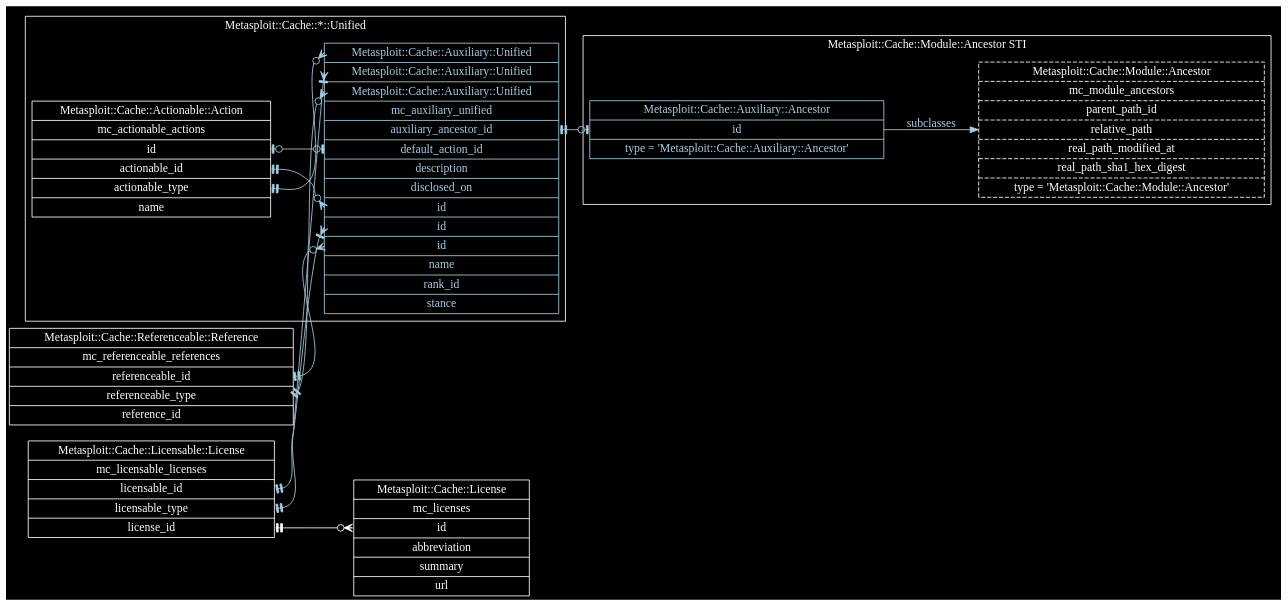
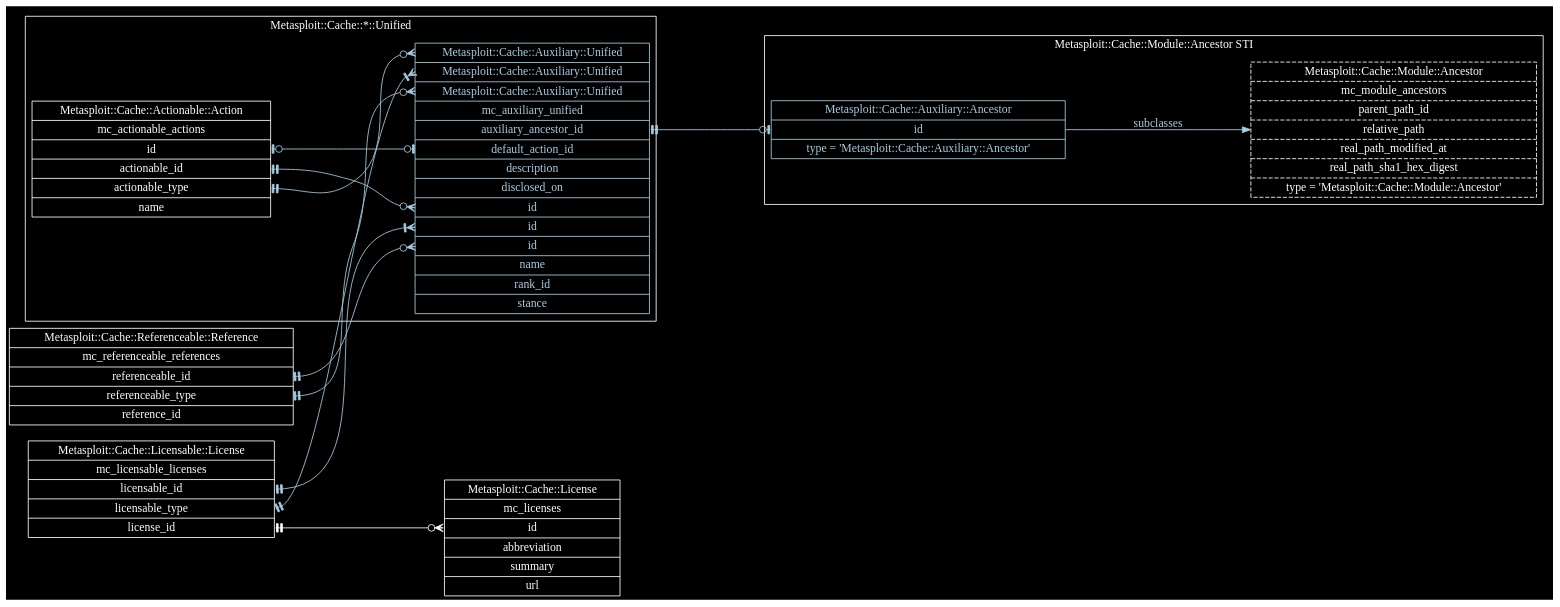
One commit to rapid7/metasploit-cache changed the diagram in docs/metasploit-cache-read-model.dot. Above: the diagram before and after it, drawn with Graphviz.

Commit message:
Increase ranksep to 2
MSP-12192

```diff
--- a/docs/metasploit-cache-read-model.dot
+++ b/docs/metasploit-cache-read-model.dot
@@ -1,129 +1,130 @@
 digraph "Metasploit::Cache Read Model" {
   edge [
     color = "white"
     fontcolor = "white"
   ]
   graph [
     bgcolor = "black"
     rankdir = "LR"
+    ranksep = "2"
   ]
   node [
     color = "white"
     fontcolor = "white"
     shape = "record"
   ]
 
   "Metasploit::Cache::Actionable::Action" [
     label = "Metasploit::Cache::Actionable::Action | mc_actionable_actions | <id>id | <actionable_id>actionable_id | <actionable_type>actionable_type | name"
   ]
 
   "Metasploit::Cache::Actionable::Action":actionable_id -> "Metasploit::Cache::Auxiliary::Unified":id_for_actionable_id [
     arrowhead = "crowodot"
     arrowtail = "teetee"
     color = "/paired9/1"
     dir = "both"
   ]
 
   "Metasploit::Cache::Actionable::Action":actionable_type -> "Metasploit::Cache::Auxiliary::Unified":type_for_actionable_type [
     arrowhead = "crowodot"
     arrowtail = "teetee"
     color = "/paired9/1"
     dir = "both"
   ]
 
 
   "Metasploit::Cache::License" [
     label = "Metasploit::Cache::License | mc_licenses | <id>id | abbreviation | summary | url"
   ]
 
   "Metasploit::Cache::Licensable::License" [
     label = "Metasploit::Cache::Licensable::License | mc_licensable_licenses | <licensable_id>licensable_id | <licensable_type>licensable_type | <license_id>license_id"
   ]
 
   "Metasploit::Cache::Licensable::License":licensable_id -> "Metasploit::Cache::Auxiliary::Unified":id_for_licensable_id [
     arrowhead = "crowtee"
     arrowtail = "teetee"
     color = "/paired9/1"
     dir = "both"
   ]
 
   "Metasploit::Cache::Licensable::License":licensable_type -> "Metasploit::Cache::Auxiliary::Unified":type_for_licensable_type [
     arrowhead = "crowtee"
     arrowtail = "teetee"
     color = "/paired9/1"
     dir = "both"
   ]
 
   "Metasploit::Cache::Licensable::License":license_id -> "Metasploit::Cache::License":id [
     arrowhead = "crowodot"
     arrowtail = "teetee"
     dir = "both"
   ]
 
   "Metasploit::Cache::Referenceable::Reference" [
     label = "Metasploit::Cache::Referenceable::Reference | mc_referenceable_references | <referenceable_id>referenceable_id | <referenceable_type>referenceable_type | reference_id"
   ]
 
   "Metasploit::Cache::Referenceable::Reference":referenceable_id -> "Metasploit::Cache::Auxiliary::Unified":id_for_referenceable_id [
     arrowhead = "crowodot"
     arrowtail = "teetee"
     color = "/paired9/1"
     dir = "both"
   ]
 
   "Metasploit::Cache::Referenceable::Reference":referenceable_type -> "Metasploit::Cache::Auxiliary::Unified":type_for_referenceable_type [
     arrowhead = "crowodot"
     arrowtail = "teetee"
     color = "/paired9/1"
     dir = "both"
   ]
 
   subgraph cluster_mc_module_ancestors {
     color = "white"
     fontcolor = "white"
     label = "Metasploit::Cache::Module::Ancestor STI"
 
     "Metasploit::Cache::Module::Ancestor" [
       label = "Metasploit::Cache::Module::Ancestor | mc_module_ancestors | parent_path_id | relative_path | real_path_modified_at | real_path_sha1_hex_digest | type = 'Metasploit::Cache::Module::Ancestor'"
       style = "dashed"
     ]
 
     "Metasploit::Cache::Auxiliary::Ancestor" [
       fontcolor = "/paired9/1"
       label = "Metasploit::Cache::Auxiliary::Ancestor | <id>id | type = 'Metasploit::Cache::Auxiliary::Ancestor'"
       color = "/paired9/1"
     ]
 
     "Metasploit::Cache::Auxiliary::Ancestor" -> "Metasploit::Cache::Module::Ancestor" [
       color = "/paired9/1"
       fontcolor = "/paired9/1"
       label = "subclasses"
     ]
   }
 
   subgraph cluster_metasploit_cache_unified {
     color = "white"
     fontcolor = "white"
     label = "Metasploit::Cache::*::Unified"
 
     "Metasploit::Cache::Auxiliary::Unified" [
       color = "/paired9/1"
       fontcolor = "/paired9/1"
       label = "<type_for_actionable_type>Metasploit::Cache::Auxiliary::Unified | <type_for_licensable_type>Metasploit::Cache::Auxiliary::Unified | <type_for_referenceable_type>Metasploit::Cache::Auxiliary::Unified | mc_auxiliary_unified | <auxiliary_ancestor_id>auxiliary_ancestor_id | <default_action_id>default_action_id | description | disclosed_on | <id_for_actionable_id>id | <id_for_licensable_id>id | <id_for_referenceable_id>id | name | rank_id | stance"
     ]
 
     "Metasploit::Cache::Auxiliary::Unified":auxiliary_ancestor_id -> "Metasploit::Cache::Auxiliary::Ancestor":id [
       arrowhead = "teeodot"
       arrowtail = "teetee"
       color = "/paired9/1"
       dir = "both"
     ]
 
     "Metasploit::Cache::Auxiliary::Unified":default_action_id -> "Metasploit::Cache::Actionable::Action":id [
       arrowhead = "teeodot"
       arrowtail = "teeodot"
       color = "/paired9/1"
       dir = "both"
     ]
   }
 }
```
